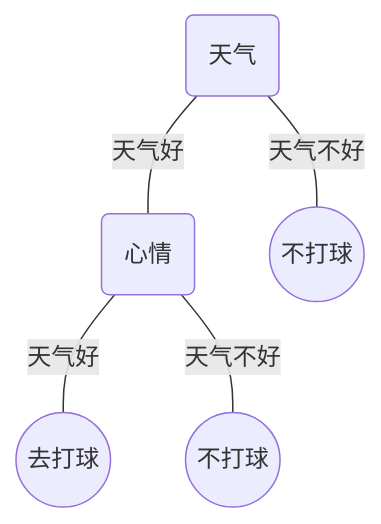
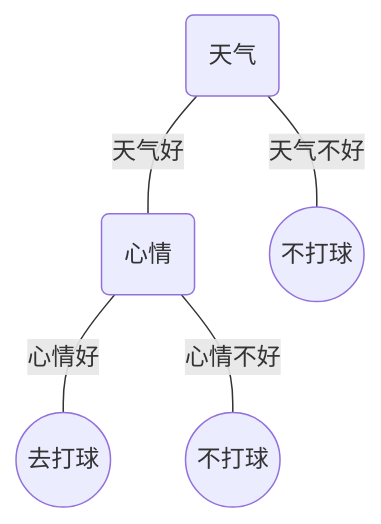
Before and after one commit to SLbaba/Machine-Learning: the first of 2 diagrams in Decision Tree/Decision Tree.md, drawn with Mermaid. The commit also changed other lines of this file, not shown here.

````diff
--- a/Decision Tree/Decision Tree.md
+++ b/Decision Tree/Decision Tree.md
@@ -15,13 +15,13 @@
 ```mermaid
 graph TD
 
 root("天气")
 feature1("心情")
 leaf1(("去打球"))
 leaf2(("不打球"))
 leaf3(("不打球"))
 root---|天气好|feature1
 root---|天气不好|leaf3
-feature1---|天气好|leaf1
-feature1---|天气不好|leaf2
+feature1---|心情好|leaf1
+feature1---|心情不好|leaf2
 ```
````
